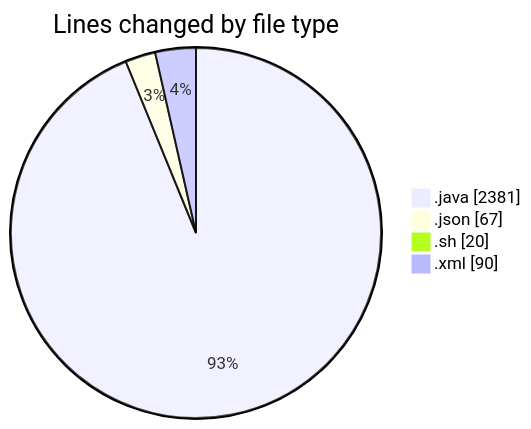
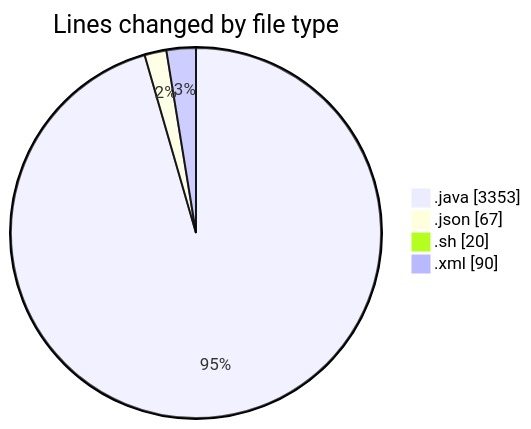
One commit to charlie-sans/code-tracking changed the first of 2 diagrams in 2025-02-23/micros/README.md. Above: the diagram before and after it, drawn with Mermaid. The commit also changed other lines of this file and 1 other file, not shown here.

````diff
--- a/2025-02-23/micros/README.md
+++ b/2025-02-23/micros/README.md
@@ -40,8 +44,8 @@
 ```mermaid
 pie showData
 title Lines changed by file type
-".java" : 2381
+".java" : 3353
 ".json" : 67
 ".sh" : 20
 ".xml" : 90
 ```
````
